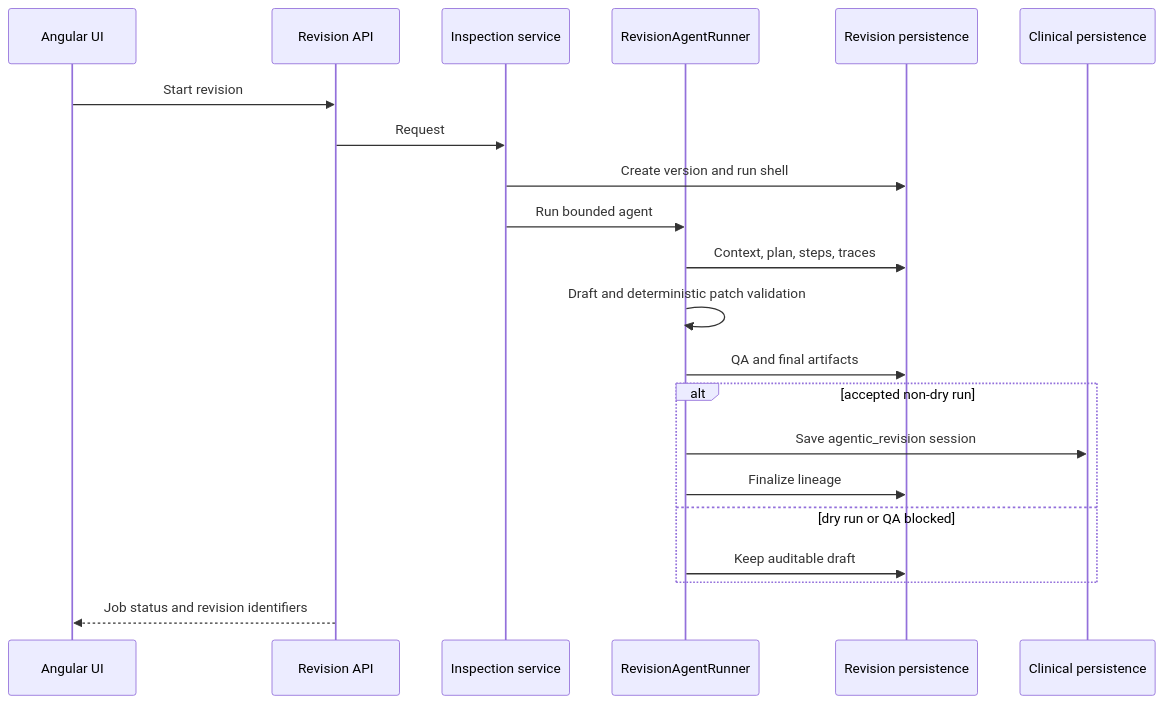
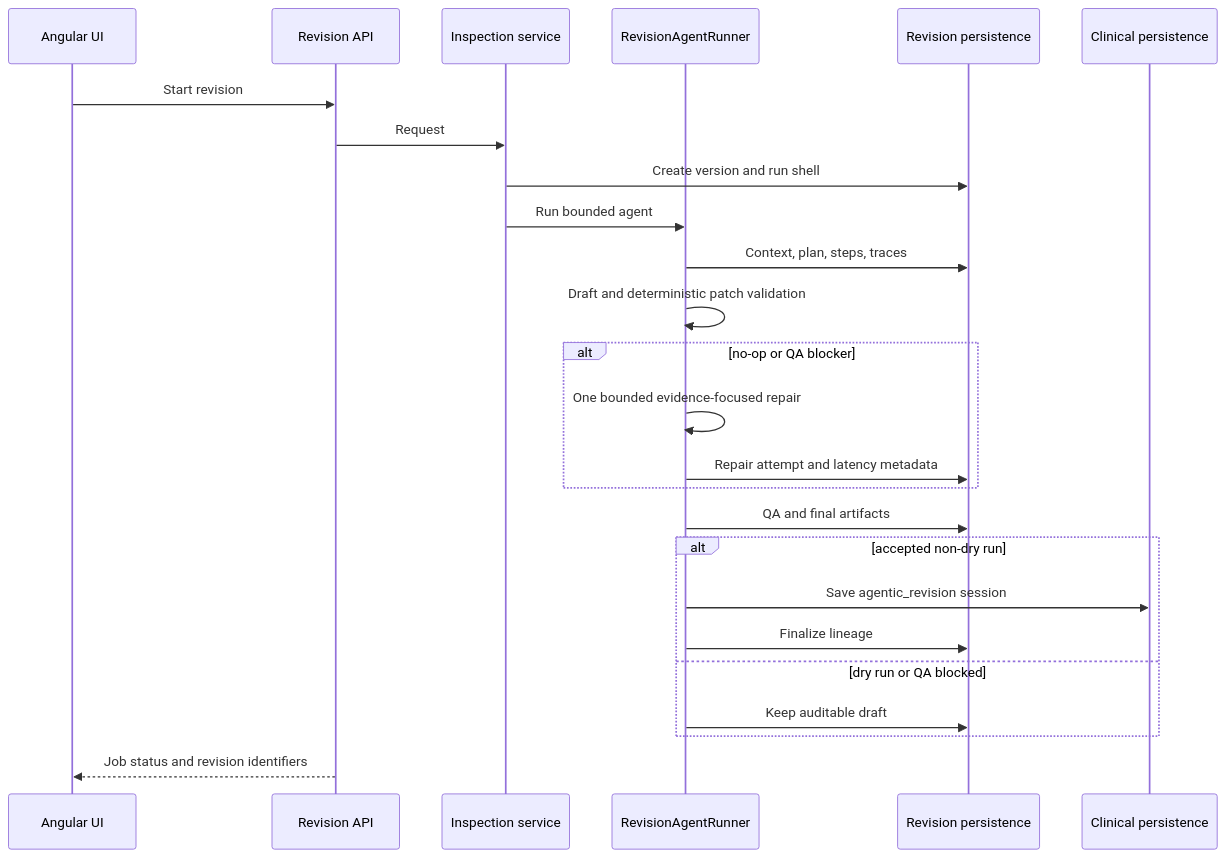
Before and after one commit to CTCycle/DILIGENT-Clinical-Copilot: the diagram in assets/docs/architecture/api_surface.md, drawn with Mermaid. The commit also changed other lines of this file and 10 other files, not shown here.

First line of the commit message:
feat: Implement bounded repair workflow for revision jobs

````diff
--- a/assets/docs/architecture/api_surface.md
+++ b/assets/docs/architecture/api_surface.md
@@ -156,24 +156,28 @@
 ```mermaid
 sequenceDiagram
     participant UI as Angular UI
     participant API as Revision API
     participant S as Inspection service
     participant A as RevisionAgentRunner
     participant RR as Revision persistence
     participant CR as Clinical persistence
 
     UI->>API: Start revision
     API->>S: Request
     S->>RR: Create version and run shell
     S->>A: Run bounded agent
     A->>RR: Context, plan, steps, traces
     A->>A: Draft and deterministic patch validation
+    alt no-op or QA blocker
+        A->>A: One bounded evidence-focused repair
+        A->>RR: Repair attempt and latency metadata
+    end
     A->>RR: QA and final artifacts
     alt accepted non-dry run
         A->>CR: Save agentic_revision session
         A->>RR: Finalize lineage
     else dry run or QA blocked
         A->>RR: Keep auditable draft
     end
     API-->>UI: Job status and revision identifiers
 ```
````
